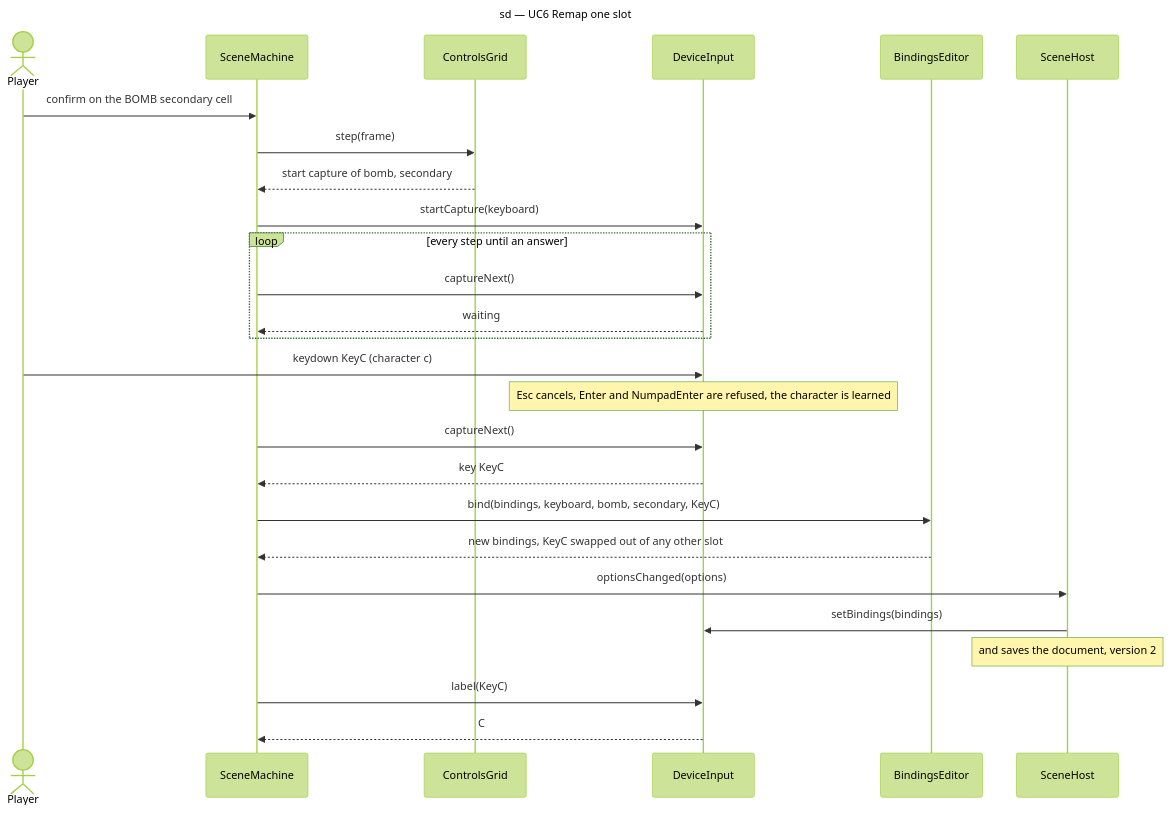
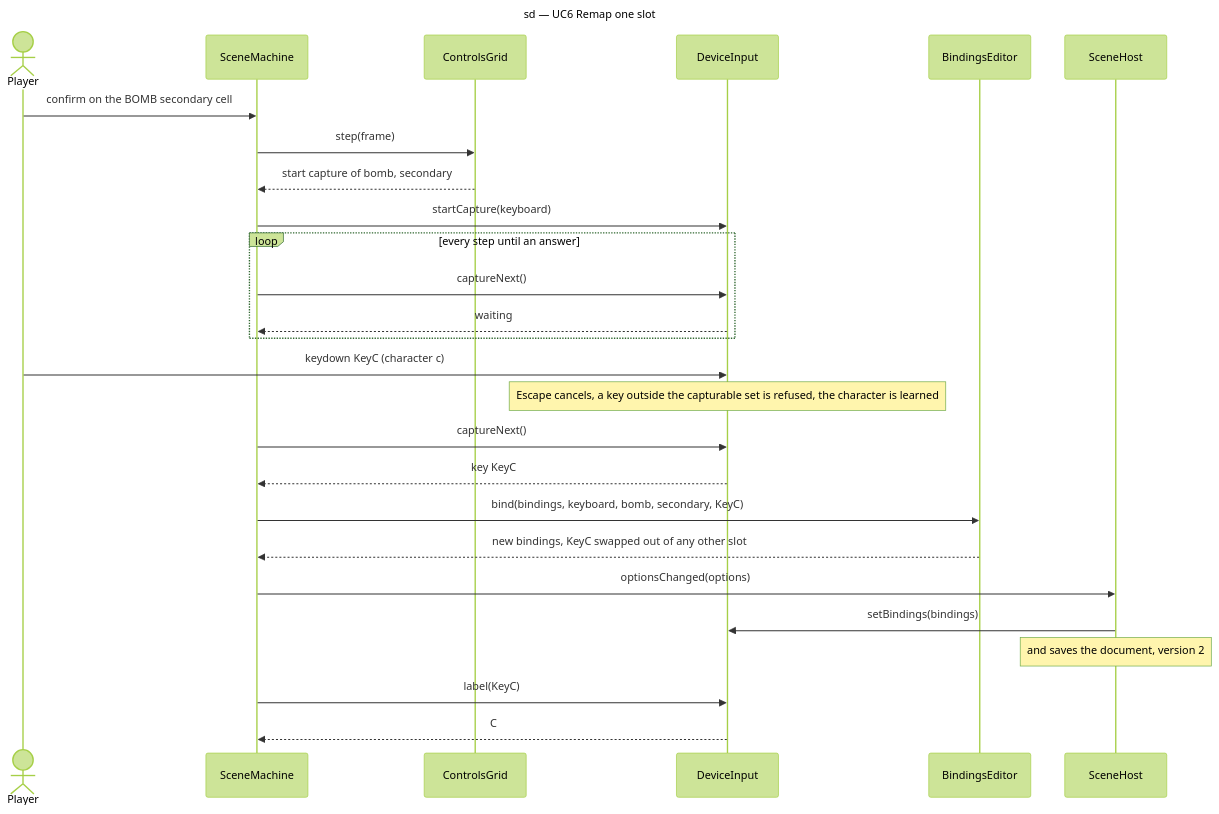
One commit to benoit-bremaud/retro-shmup changed the diagram in docs/architecture/diagrams/meta/02-sequence-remap-capture.md. Above: the diagram before and after it, drawn with Mermaid (forest theme). The commit also changed other lines of this file and 5 other files, not shown here.

````diff
--- a/docs/architecture/diagrams/meta/02-sequence-remap-capture.md
+++ b/docs/architecture/diagrams/meta/02-sequence-remap-capture.md
@@ -18,29 +18,29 @@
 ```mermaid
 sequenceDiagram
   title sd — UC6 Remap one slot
   actor Player
   participant Scenes as SceneMachine
   participant Grid as ControlsGrid
   participant Input as DeviceInput
   participant Editor as BindingsEditor
   participant Host as SceneHost
   Player->>Scenes: confirm on the BOMB secondary cell
   Scenes->>Grid: step(frame)
   Grid-->>Scenes: start capture of bomb, secondary
   Scenes->>Input: startCapture(keyboard)
   loop every step until an answer
     Scenes->>Input: captureNext()
     Input-->>Scenes: waiting
   end
   Player->>Input: keydown KeyC (character c)
-  Note over Input: Esc cancels, Enter and NumpadEnter are refused, the character is learned
+  Note over Input: Escape cancels, a key outside the capturable set is refused, the character is learned
   Scenes->>Input: captureNext()
   Input-->>Scenes: key KeyC
   Scenes->>Editor: bind(bindings, keyboard, bomb, secondary, KeyC)
   Editor-->>Scenes: new bindings, KeyC swapped out of any other slot
   Scenes->>Host: optionsChanged(options)
   Host->>Input: setBindings(bindings)
   Note over Host: and saves the document, version 2
   Scenes->>Input: label(KeyC)
   Input-->>Scenes: C
 ```
````
